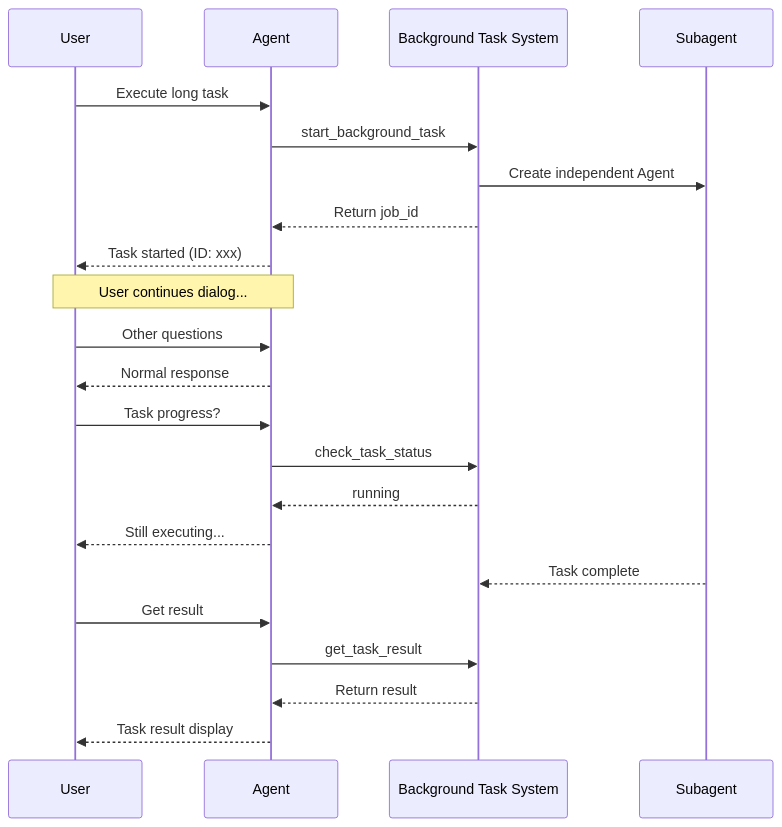
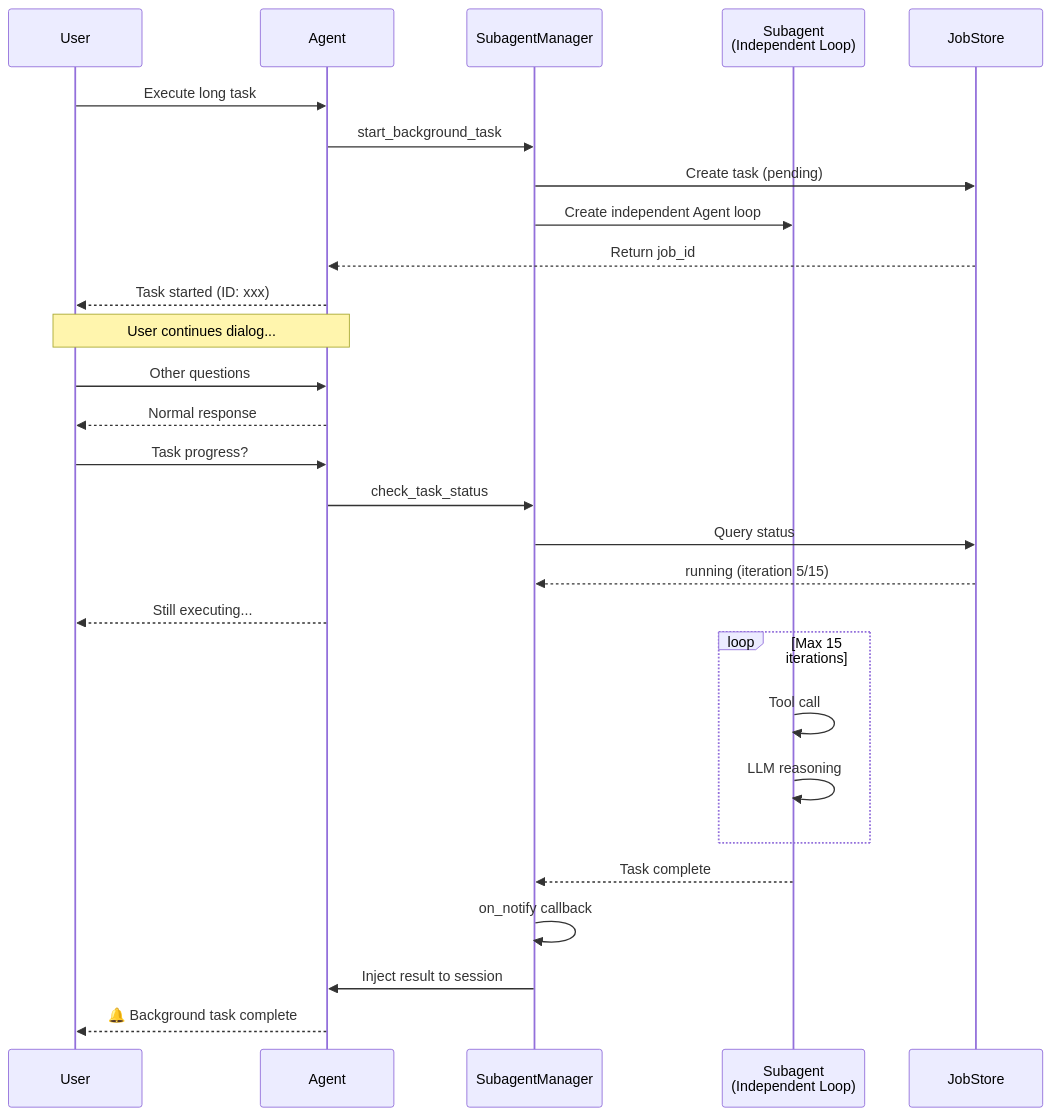
Before and after one commit to zhangjingyuan177-hue/FinchBot: the eighth of 16 diagrams in README.md, drawn with Mermaid. The commit also changed other lines of this file and 8 other files, not shown here.

First line of the commit message:
docs: 全面更新文档，反映 CronService 和 SubagentManager 改进

````diff
--- a/README.md
+++ b/README.md
@@ -394,29 +412,36 @@
 ```mermaid
 sequenceDiagram
     participant U as User
     participant A as Agent
-    participant BG as Background Task System
-    participant S as Subagent
+    participant SM as SubagentManager
+    participant SA as Subagent<br/>(Independent Loop)
+    participant JS as JobStore
 
     U->>A: Execute long task
-    A->>BG: start_background_task
-    BG->>S: Create independent Agent
-    BG-->>A: Return job_id
+    A->>SM: start_background_task
+    SM->>JS: Create task (pending)
+    SM->>SA: Create independent Agent loop
+    JS-->>A: Return job_id
     A-->>U: Task started (ID: xxx)
     
     Note over U,A: User continues dialog...
     
     U->>A: Other questions
     A-->>U: Normal response
     
     U->>A: Task progress?
-    A->>BG: check_task_status
-    BG-->>A: running
+    A->>SM: check_task_status
+    SM->>JS: Query status
+    JS-->>SM: running (iteration 5/15)
     A-->>U: Still executing...
     
-    S-->>BG: Task complete
-    U->>A: Get result
-    A->>BG: get_task_result
-    BG-->>A: Return result
-    A-->>U: Task result display
+    loop Max 15 iterations
+        SA->>SA: Tool call
+        SA->>SA: LLM reasoning
+    end
+    
+    SA-->>SM: Task complete
+    SM->>SM: on_notify callback
+    SM->>A: Inject result to session
+    A-->>U: 🔔 Background task complete
 ```
````
